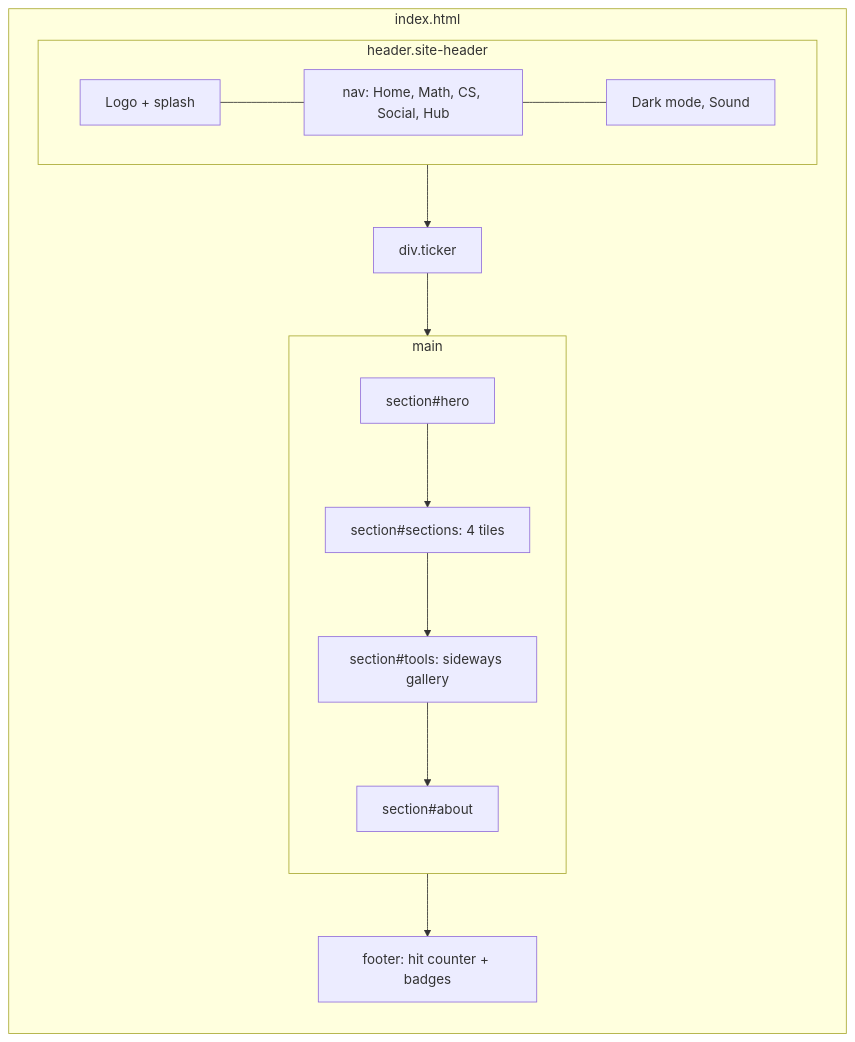
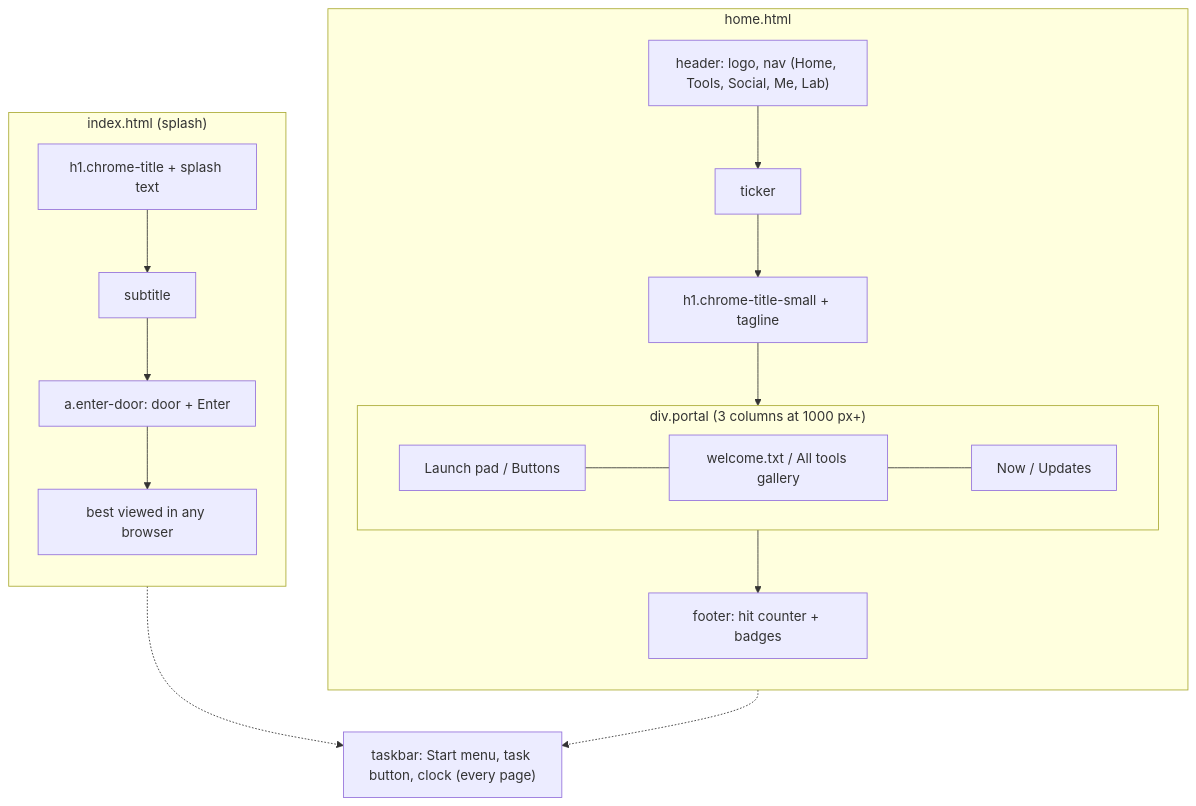
Before and after one commit to ChrisMedkit/CS-235-IntroToAI: the third of 12 diagrams in DIAGRAM.md, drawn with Mermaid. The commit also changed other lines of this file and 68 other files, not shown here.

First line of the commit message:
Indie-web redesign: 98.css, taskbar, Tools desktop, splash, stickers, Me, Friends

````diff
--- a/DIAGRAM.md
+++ b/DIAGRAM.md
@@ -49,21 +45,20 @@
 ```mermaid
 flowchart TD
-  subgraph PAGE["index.html"]
+  subgraph SPL["index.html (splash)"]
     direction TB
-    subgraph HEADER["header.site-header"]
+    T1["h1.chrome-title + splash text"] --> SUB["subtitle"] --> DOOR["a.enter-door: door + Enter"] --> NOTE["best viewed in any browser"]
+  end
+  subgraph HOME["home.html"]
+    direction TB
+    HD["header: logo, nav (Home, Tools, Social, Me, Lab)"] --> TK["ticker"] --> T2["h1.chrome-title-small + tagline"]
+    T2 --> PORTAL
+    subgraph PORTAL["div.portal (3 columns at 1000 px+)"]
       direction LR
-      B["Logo + splash"] --- NV["nav: Home, Math, CS, Social, Hub"] --- TT["Dark mode, Sound"]
+      L["Launch pad / Buttons"] --- C["welcome.txt / All tools gallery"] --- R["Now / Updates"]
     end
-    TK["div.ticker"]
-    subgraph MAIN["main"]
-      direction TB
-      HERO["section#hero"]
-      SEC["section#sections: 4 tiles"]
-      GAL["section#tools: sideways gallery"]
-      AB["section#about"]
-      HERO --> SEC --> GAL --> AB
-    end
-    FOOT["footer: hit counter + badges"]
-    HEADER --> TK --> MAIN --> FOOT
+    PORTAL --> FT["footer: hit counter + badges"]
   end
+  TB["taskbar: Start menu, task button, clock (every page)"]
+  SPL -.-> TB
+  HOME -.-> TB
 ```
````
